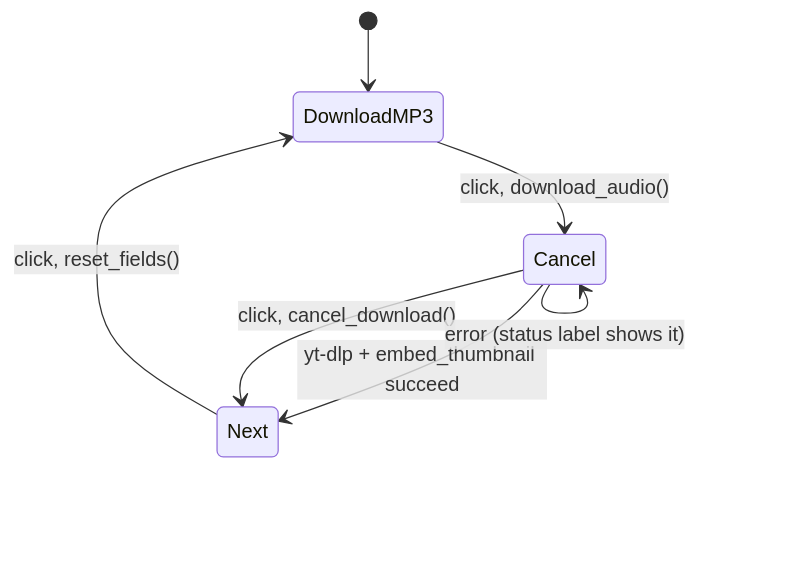
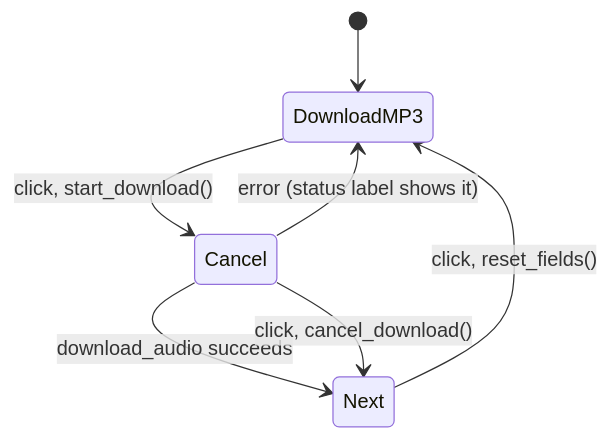
The ninth of 18 diagrams in ARCHITECTURE.md (martin-iflap/YT-MP3-Downloader), drawn with Mermaid before and after one commit. The commit also changed other lines of this file and 11 other files, not shown here.

````diff
--- a/ARCHITECTURE.md
+++ b/ARCHITECTURE.md
@@ -401,9 +414,9 @@
 ```mermaid
 stateDiagram-v2
     [*] --> DownloadMP3
-    DownloadMP3 --> Cancel: click, download_audio()
-    Cancel --> Next: yt-dlp + embed_thumbnail succeed
+    DownloadMP3 --> Cancel: click, start_download()
+    Cancel --> Next: download_audio succeeds
     Cancel --> Next: click, cancel_download()
-    Cancel --> Cancel: error (status label shows it)
+    Cancel --> DownloadMP3: error (status label shows it)
     Next --> DownloadMP3: click, reset_fields()
 ```
````
